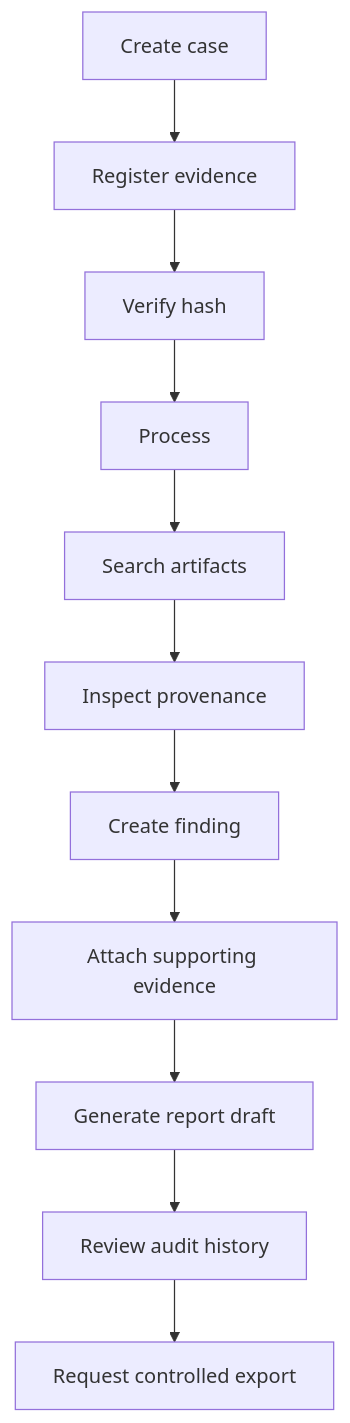
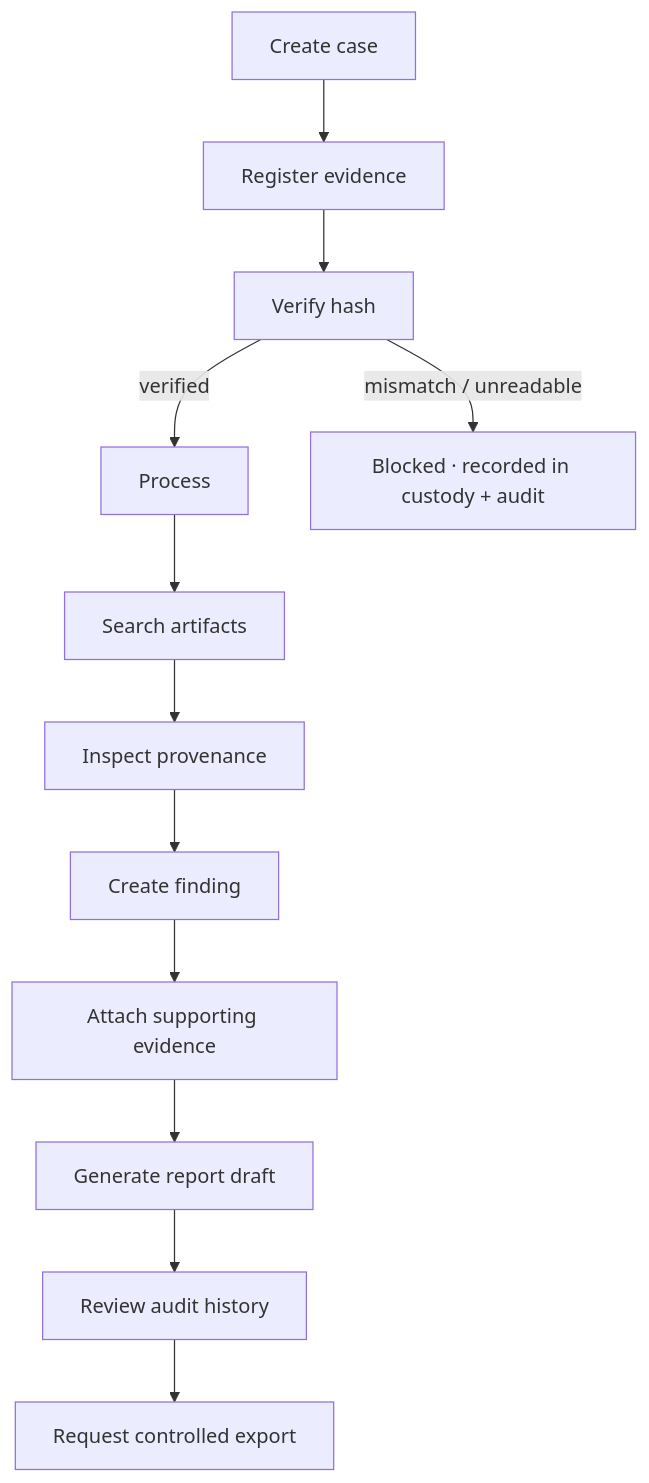
Before and after one commit to DimpleNemade/p.r.o.v.e: the diagram in docs/15-user-workflows.md, drawn with Mermaid. The commit also changed other lines of this file and 29 other files, not shown here.

````diff
--- a/docs/15-user-workflows.md
+++ b/docs/15-user-workflows.md
@@ -3,13 +5,14 @@
 ```mermaid
 flowchart TD
-  A[Create case] --> B[Register evidence]
-  B --> C[Verify hash]
-  C --> D[Process]
-  D --> E[Search artifacts]
-  E --> F[Inspect provenance]
-  F --> G[Create finding]
-  G --> H[Attach supporting evidence]
-  H --> I[Generate report draft]
-  I --> J[Review audit history]
-  J --> K[Request controlled export]
+  A["Create case"] --> B["Register evidence"]
+  B --> C["Verify hash"]
+  C -->|verified| D["Process"]
+  C -->|mismatch / unreadable| C2["Blocked · recorded in custody + audit"]
+  D --> E["Search artifacts"]
+  E --> F["Inspect provenance"]
+  F --> G["Create finding"]
+  G --> H["Attach supporting evidence"]
+  H --> I["Generate report draft"]
+  I --> J["Review audit history"]
+  J --> K["Request controlled export"]
 ```
````
